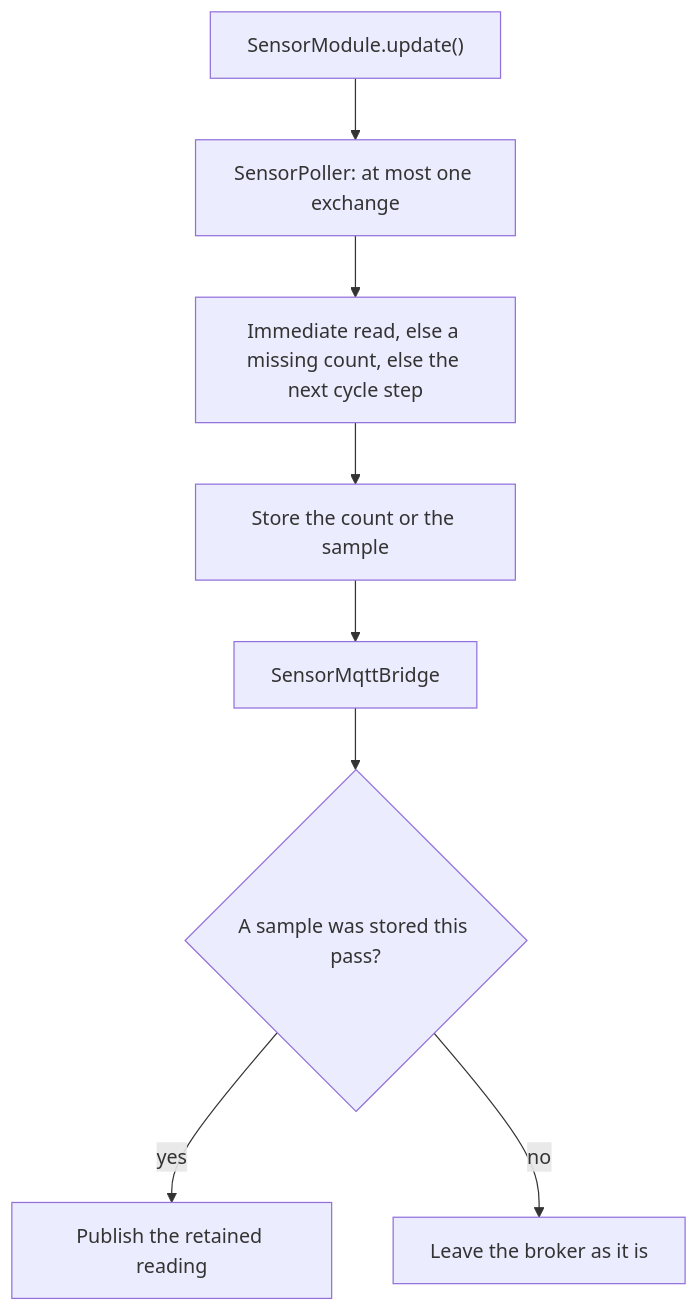
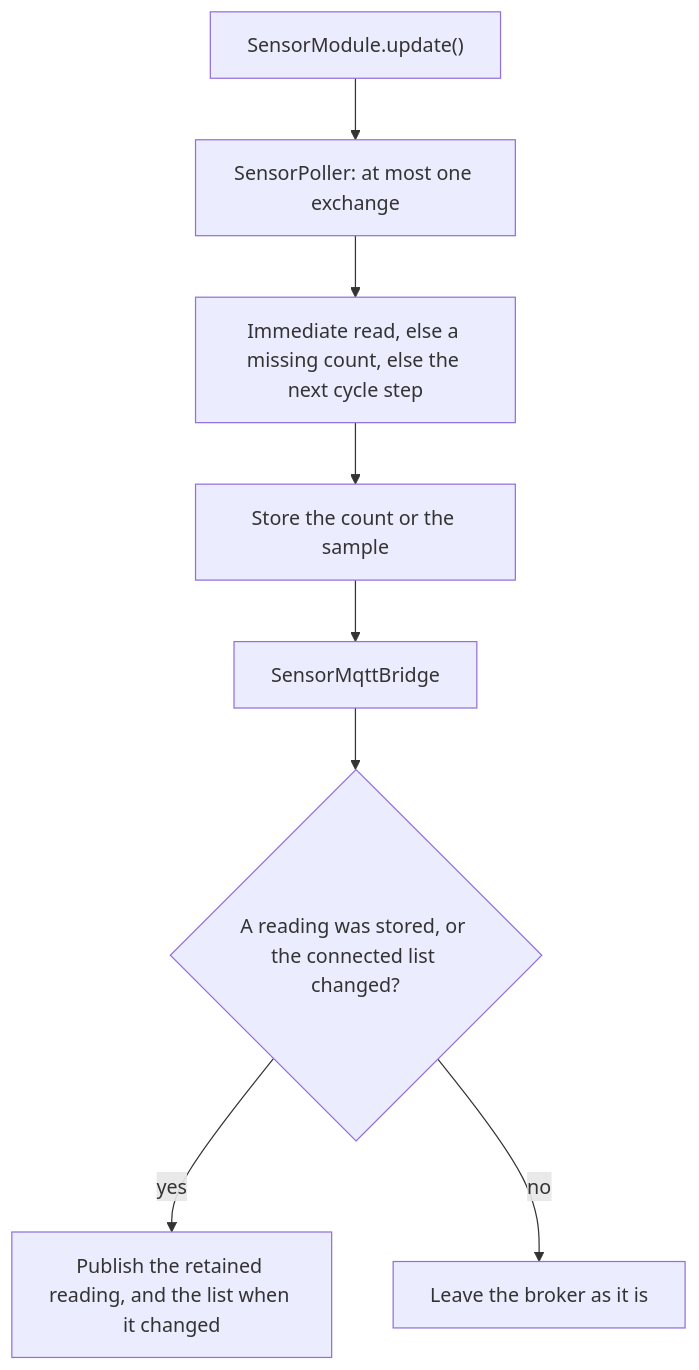
Before and after one commit to WiddleWabbit/MQTT-ModularControllerBoard: the diagram in Firmware/docs/sensor-module.md, drawn with Mermaid. The commit also changed other lines of this file and 16 other files, not shown here.

````diff
--- a/Firmware/docs/sensor-module.md
+++ b/Firmware/docs/sensor-module.md
@@ -28,10 +28,10 @@
 ```mermaid
 flowchart TD
   upd["SensorModule.update()"] --> poll["SensorPoller: at most one exchange"]
   poll --> order["Immediate read, else a missing count, else the next cycle step"]
   order --> mem["Store the count or the sample"]
   mem --> bridge["SensorMqttBridge"]
-  bridge --> pub{"A sample was stored this pass?"}
-  pub -->|yes| mqtt["Publish the retained reading"]
+  bridge --> pub{"A reading was stored, or the connected list changed?"}
+  pub -->|yes| mqtt["Publish the retained reading, and the list when it changed"]
   pub -->|no| quiet["Leave the broker as it is"]
 ```
````
